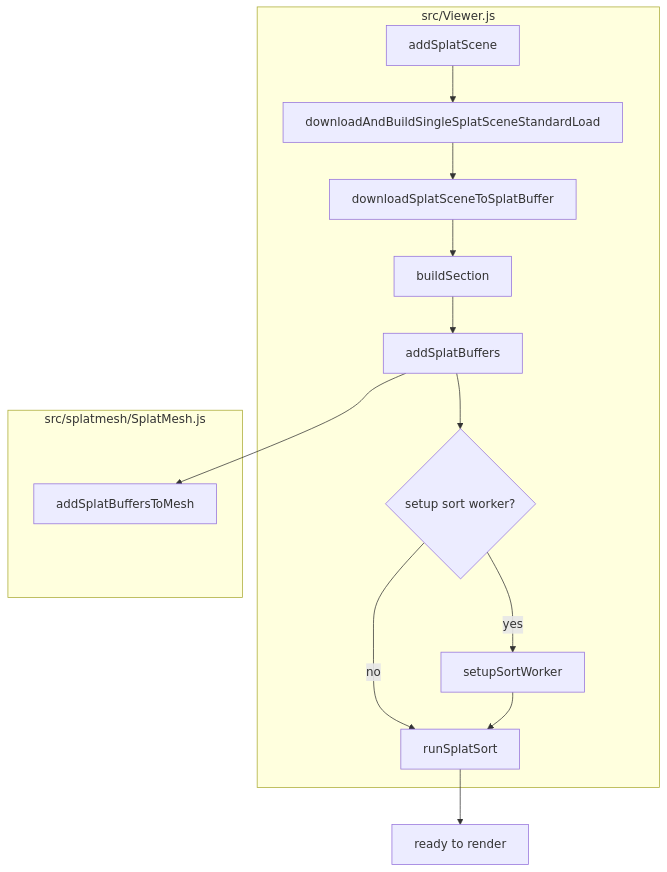
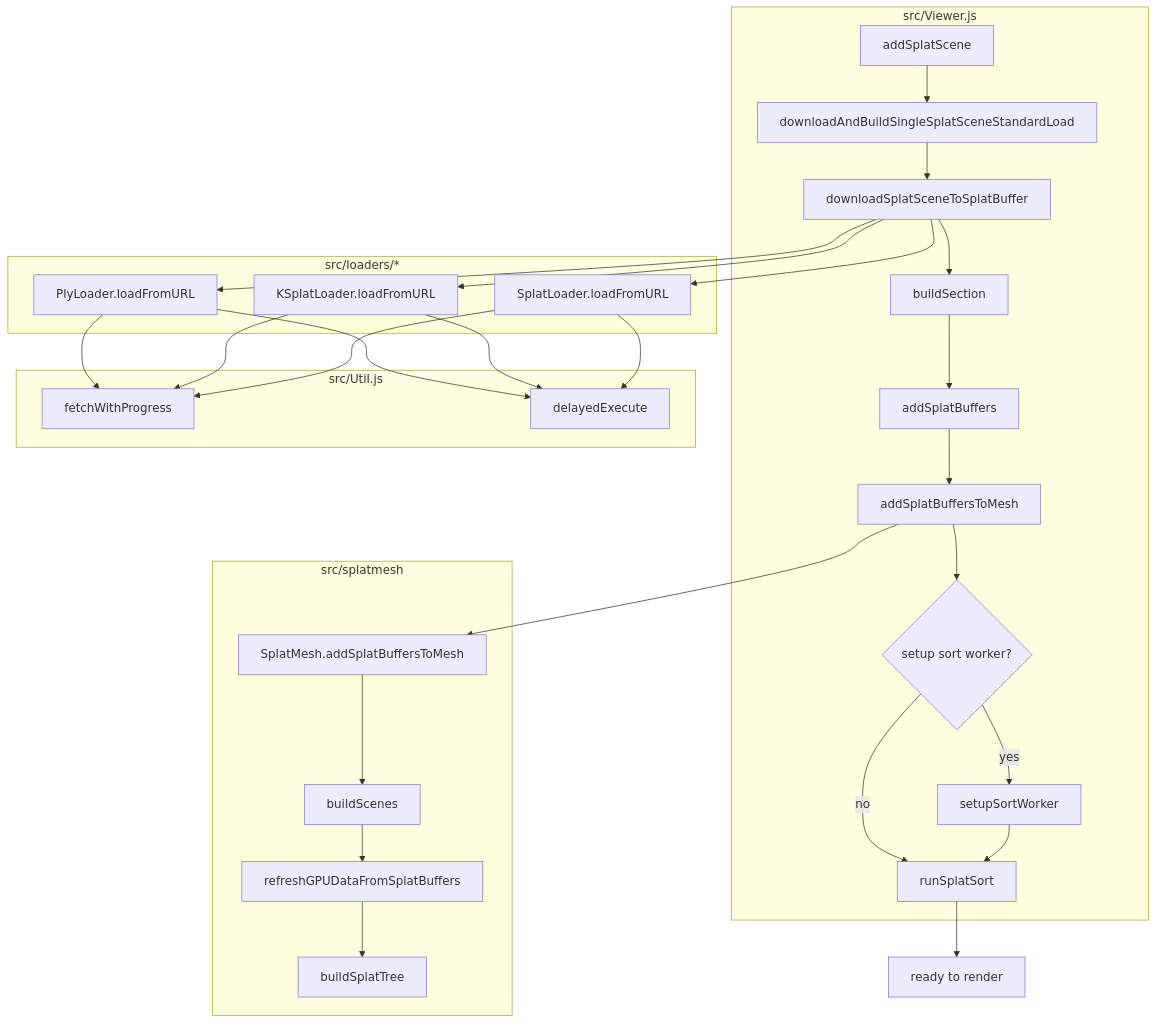
One commit to 3DGS-FLoD/flod-3dgs-demo changed the first of 2 diagrams in SCENE_LOADING_FLOW.md. Above: the diagram before and after it, drawn with Mermaid. The commit also changed other lines of this file, not shown here.

````diff
--- a/SCENE_LOADING_FLOW.md
+++ b/SCENE_LOADING_FLOW.md
@@ -60,18 +60,41 @@
 ```mermaid
 flowchart TD
   subgraph Viewer_js [src/Viewer.js]
     A[addSplatScene] --> B[downloadAndBuildSingleSplatSceneStandardLoad]
     B --> C[downloadSplatSceneToSplatBuffer]
     C --> D[buildSection]
     D --> E[addSplatBuffers]
-    E --> G{setup sort worker?}
+    E --> G1[addSplatBuffersToMesh]
+    G1 --> G{setup sort worker?}
     G -->|yes| H[setupSortWorker]
     G -->|no| I[runSplatSort]
     H --> I
   end
-  subgraph SplatMesh_js [src/splatmesh/SplatMesh.js]
-    F[addSplatBuffersToMesh]
+  subgraph Loaders [src/loaders/*]
+    L1[PlyLoader.loadFromURL]
+    L2[KSplatLoader.loadFromURL]
+    L3[SplatLoader.loadFromURL]
   end
-  E --> F
+  C --> L1
+  C --> L2
+  C --> L3
+  subgraph Util_js [src/Util.js]
+    U1[fetchWithProgress]
+    U2[delayedExecute]
+  end
+  L1 --> U1
+  L2 --> U1
+  L3 --> U1
+  L1 --> U2
+  L2 --> U2
+  L3 --> U2
+  subgraph SplatMesh_js [src/splatmesh]
+    SM1[SplatMesh.addSplatBuffersToMesh]
+    SM2[buildScenes]
+    SM3[refreshGPUDataFromSplatBuffers]
+    SM4[buildSplatTree]
+  end
+  G1 --> SM1
+  SM1 --> SM2 --> SM3 --> SM4
   I --> J[ready to render]
 ```
````
